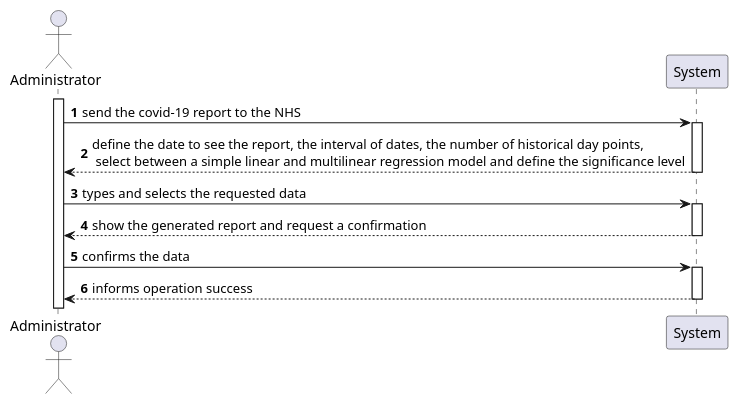
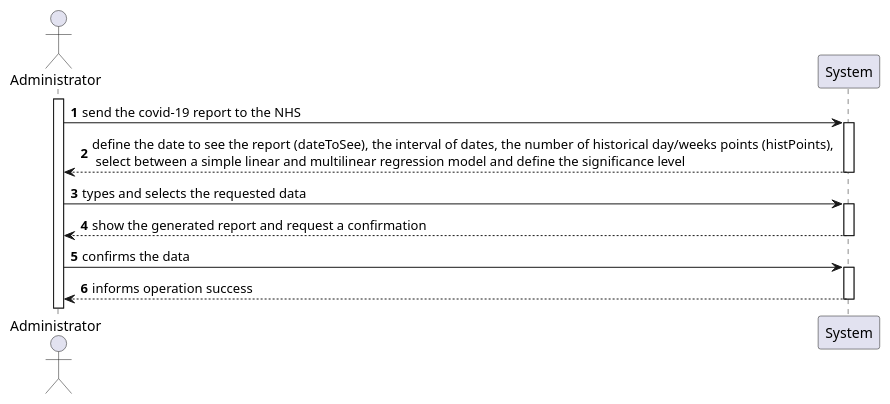
One commit to 0franciscor/lei-21-s2-1de-g19 changed the diagram in docs/SprintD/US18/US18-SSD.puml. Above: the diagram before and after it, drawn with PlantUML. The commit also changed 1 other file, not shown here.

```diff
--- a/docs/SprintD/US18/US18-SSD.puml
+++ b/docs/SprintD/US18/US18-SSD.puml
@@ -1,15 +1,15 @@
 @startuml
 'https://plantuml.com/sequence-diagram
 
 autonumber
 
 actor "Administrator" as A
 activate A
 A -> System ++: send the covid-19 report to the NHS
-System -->  A --: define the date to see the report, the interval of dates, the number of historical day points, \n select between a simple linear and multilinear regression model and define the significance level
+System -->  A --: define the date to see the report (dateToSee), the interval of dates, the number of historical day/weeks points (histPoints), \n select between a simple linear and multilinear regression model and define the significance level
 A -> System ++: types and selects the requested data
 System -->  A --: show the generated report and request a confirmation
 A -> System ++: confirms the data
 System --> A --: informs operation success
 
 @enduml
```
